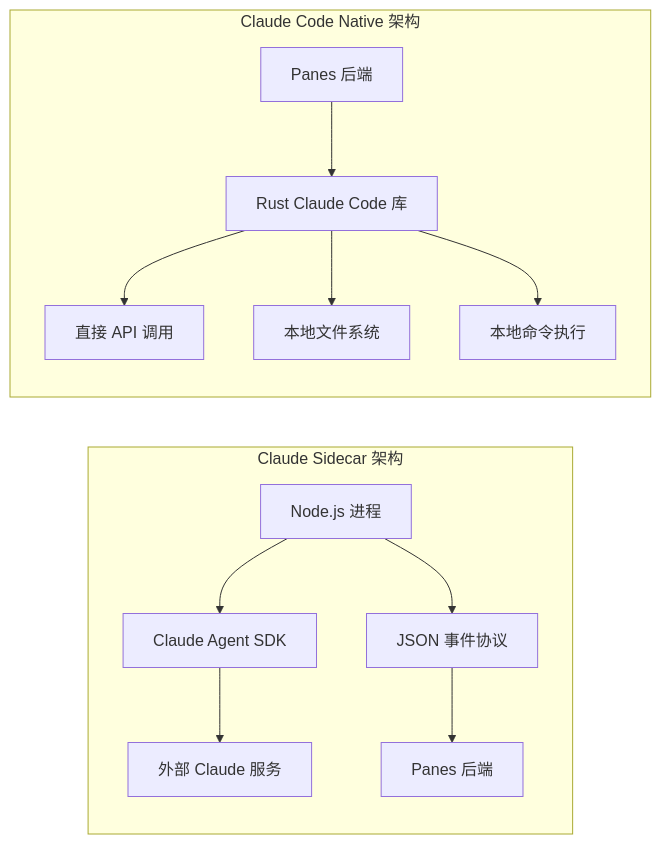
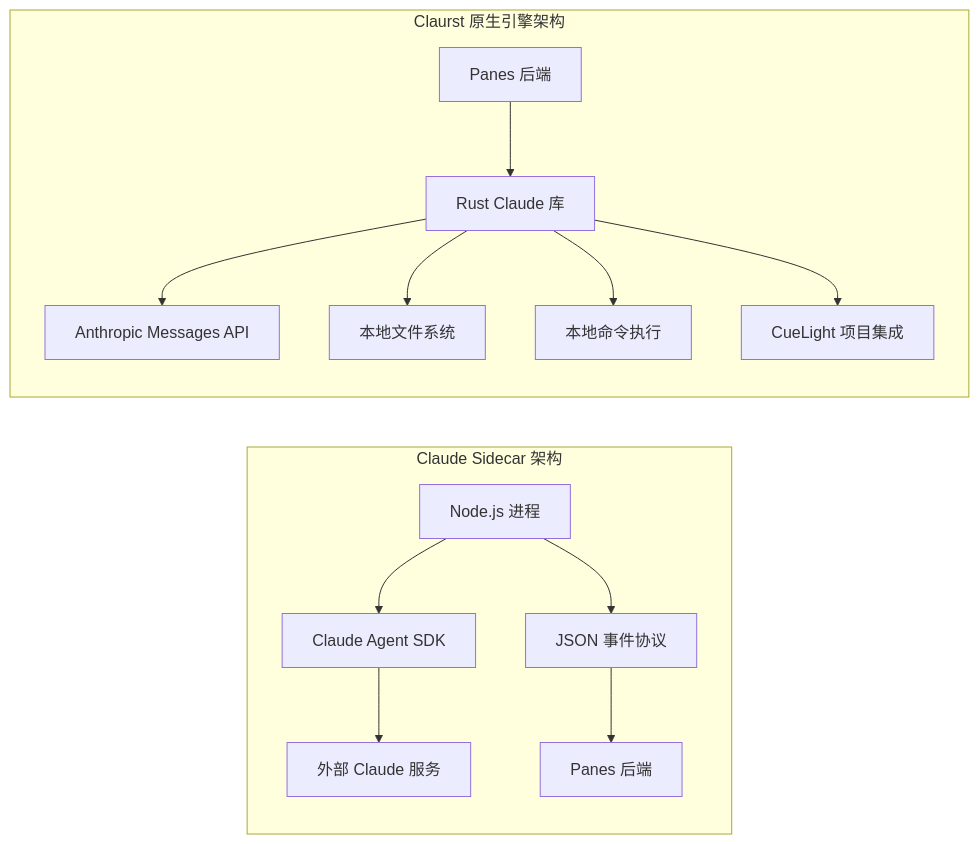
One commit to yattin/panes changed the fourth of 13 diagrams in .qoder/repowiki/zh/content/AI 引擎管理/Claude 引擎集成.md. Above: the diagram before and after it, drawn with Mermaid. The commit also changed other lines of this file and 45 other files, not shown here.

````diff
--- a/.qoder/repowiki/zh/content/AI 引擎管理/Claude 引擎集成.md
+++ b/.qoder/repowiki/zh/content/AI 引擎管理/Claude 引擎集成.md
@@ -169,15 +182,16 @@
 ```mermaid
 graph LR
 subgraph "Claude Sidecar 架构"
 A[Node.js 进程] --> B[Claude Agent SDK]
 B --> C[外部 Claude 服务]
 A --> D[JSON 事件协议]
 D --> E[Panes 后端]
 end
-subgraph "Claude Code Native 架构"
-F[Panes 后端] --> G[Rust Claude Code 库]
-G --> H[直接 API 调用]
+subgraph "Claurst 原生引擎架构"
+F[Panes 后端] --> G[Rust Claude 库]
+G --> H[Anthropic Messages API]
 G --> I[本地文件系统]
 G --> J[本地命令执行]
+G --> K[CueLight 项目集成]
 end
 ```
````
